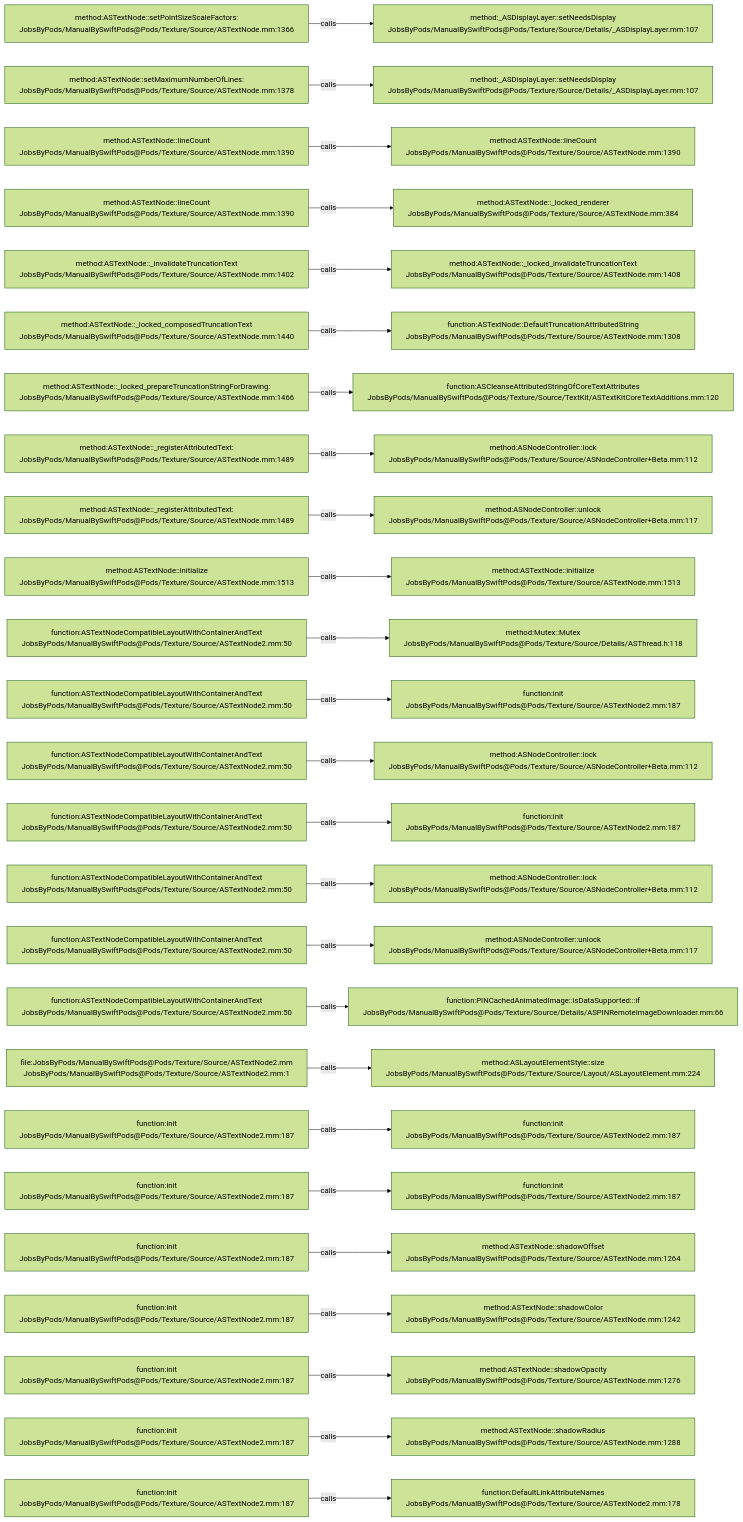
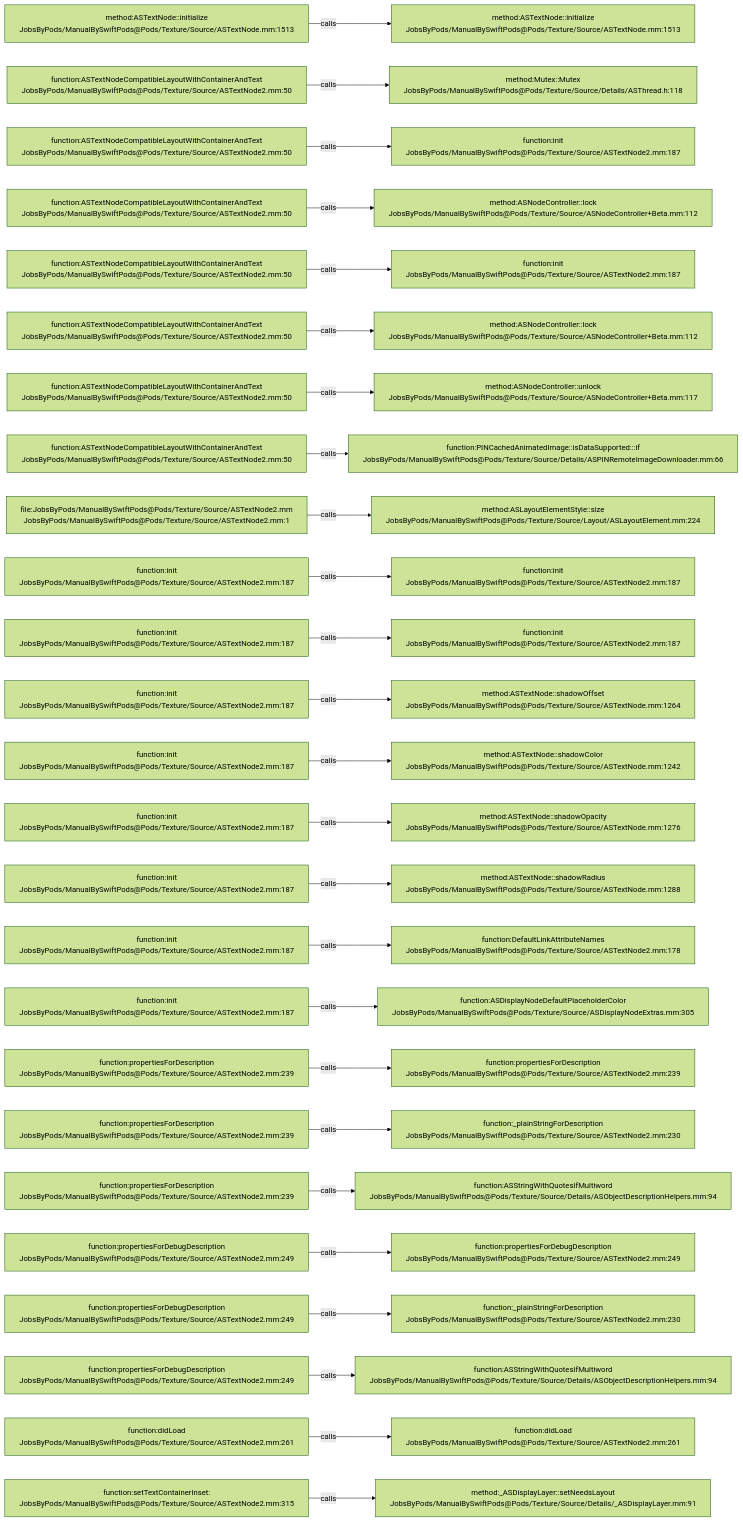
Before and after one commit to JobsKits/JobsSwiftBaseConfigDemo: the diagram in .codegraph/codegraph.md/graphs/calls-070.md, drawn with Mermaid (forest theme). The commit also changed 707 other files, not shown here.

````diff
--- a/.codegraph/codegraph.md/graphs/calls-070.md
+++ b/.codegraph/codegraph.md/graphs/calls-070.md
@@ -13,78 +13,78 @@
 ```mermaid
 flowchart LR
-  S1["method:ASTextNode::setPointSizeScaleFactors:<br/>JobsByPods/ManualBySwiftPods@Pods/Texture/Source/ASTextNode.mm:1366"]
-  T1["method:_ASDisplayLayer::setNeedsDisplay<br/>JobsByPods/ManualBySwiftPods@Pods/Texture/Source/Details/_ASDisplayLayer.mm:107"]
+  S1["method:ASTextNode::initialize<br/>JobsByPods/ManualBySwiftPods@Pods/Texture/Source/ASTextNode.mm:1513"]
+  T1["method:ASTextNode::initialize<br/>JobsByPods/ManualBySwiftPods@Pods/Texture/Source/ASTextNode.mm:1513"]
   S1 -->|calls| T1
-  S2["method:ASTextNode::setMaximumNumberOfLines:<br/>JobsByPods/ManualBySwiftPods@Pods/Texture/Source/ASTextNode.mm:1378"]
-  T2["method:_ASDisplayLayer::setNeedsDisplay<br/>JobsByPods/ManualBySwiftPods@Pods/Texture/Source/Details/_ASDisplayLayer.mm:107"]
+  S2["function:ASTextNodeCompatibleLayoutWithContainerAndText<br/>JobsByPods/ManualBySwiftPods@Pods/Texture/Source/ASTextNode2.mm:50"]
+  T2["method:Mutex::Mutex<br/>JobsByPods/ManualBySwiftPods@Pods/Texture/Source/Details/ASThread.h:118"]
   S2 -->|calls| T2
-  S3["method:ASTextNode::lineCount<br/>JobsByPods/ManualBySwiftPods@Pods/Texture/Source/ASTextNode.mm:1390"]
-  T3["method:ASTextNode::lineCount<br/>JobsByPods/ManualBySwiftPods@Pods/Texture/Source/ASTextNode.mm:1390"]
+  S3["function:ASTextNodeCompatibleLayoutWithContainerAndText<br/>JobsByPods/ManualBySwiftPods@Pods/Texture/Source/ASTextNode2.mm:50"]
+  T3["function:init<br/>JobsByPods/ManualBySwiftPods@Pods/Texture/Source/ASTextNode2.mm:187"]
   S3 -->|calls| T3
-  S4["method:ASTextNode::lineCount<br/>JobsByPods/ManualBySwiftPods@Pods/Texture/Source/ASTextNode.mm:1390"]
-  T4["method:ASTextNode::_locked_renderer<br/>JobsByPods/ManualBySwiftPods@Pods/Texture/Source/ASTextNode.mm:384"]
+  S4["function:ASTextNodeCompatibleLayoutWithContainerAndText<br/>JobsByPods/ManualBySwiftPods@Pods/Texture/Source/ASTextNode2.mm:50"]
+  T4["method:ASNodeController::lock<br/>JobsByPods/ManualBySwiftPods@Pods/Texture/Source/ASNodeController+Beta.mm:112"]
   S4 -->|calls| T4
-  S5["method:ASTextNode::_invalidateTruncationText<br/>JobsByPods/ManualBySwiftPods@Pods/Texture/Source/ASTextNode.mm:1402"]
-  T5["method:ASTextNode::_locked_invalidateTruncationText<br/>JobsByPods/ManualBySwiftPods@Pods/Texture/Source/ASTextNode.mm:1408"]
+  S5["function:ASTextNodeCompatibleLayoutWithContainerAndText<br/>JobsByPods/ManualBySwiftPods@Pods/Texture/Source/ASTextNode2.mm:50"]
+  T5["function:init<br/>JobsByPods/ManualBySwiftPods@Pods/Texture/Source/ASTextNode2.mm:187"]
   S5 -->|calls| T5
-  S6["method:ASTextNode::_locked_composedTruncationText<br/>JobsByPods/ManualBySwiftPods@Pods/Texture/Source/ASTextNode.mm:1440"]
-  T6["function:ASTextNode::DefaultTruncationAttributedString<br/>JobsByPods/ManualBySwiftPods@Pods/Texture/Source/ASTextNode.mm:1308"]
+  S6["function:ASTextNodeCompatibleLayoutWithContainerAndText<br/>JobsByPods/ManualBySwiftPods@Pods/Texture/Source/ASTextNode2.mm:50"]
+  T6["method:ASNodeController::lock<br/>JobsByPods/ManualBySwiftPods@Pods/Texture/Source/ASNodeController+Beta.mm:112"]
   S6 -->|calls| T6
-  S7["method:ASTextNode::_locked_prepareTruncationStringForDrawing:<br/>JobsByPods/ManualBySwiftPods@Pods/Texture/Source/ASTextNode.mm:1466"]
-  T7["function:ASCleanseAttributedStringOfCoreTextAttributes<br/>JobsByPods/ManualBySwiftPods@Pods/Texture/Source/TextKit/ASTextKitCoreTextAdditions.mm:120"]
+  S7["function:ASTextNodeCompatibleLayoutWithContainerAndText<br/>JobsByPods/ManualBySwiftPods@Pods/Texture/Source/ASTextNode2.mm:50"]
+  T7["method:ASNodeController::unlock<br/>JobsByPods/ManualBySwiftPods@Pods/Texture/Source/ASNodeController+Beta.mm:117"]
   S7 -->|calls| T7
-  S8["method:ASTextNode::_registerAttributedText:<br/>JobsByPods/ManualBySwiftPods@Pods/Texture/Source/ASTextNode.mm:1489"]
-  T8["method:ASNodeController::lock<br/>JobsByPods/ManualBySwiftPods@Pods/Texture/Source/ASNodeController+Beta.mm:112"]
+  S8["function:ASTextNodeCompatibleLayoutWithContainerAndText<br/>JobsByPods/ManualBySwiftPods@Pods/Texture/Source/ASTextNode2.mm:50"]
+  T8["function:PINCachedAnimatedImage::isDataSupported:::if<br/>JobsByPods/ManualBySwiftPods@Pods/Texture/Source/Details/ASPINRemoteImageDownloader.mm:66"]
   S8 -->|calls| T8
-  S9["method:ASTextNode::_registerAttributedText:<br/>JobsByPods/ManualBySwiftPods@Pods/Texture/Source/ASTextNode.mm:1489"]
-  T9["method:ASNodeController::unlock<br/>JobsByPods/ManualBySwiftPods@Pods/Texture/Source/ASNodeController+Beta.mm:117"]
+  S9["file:JobsByPods/ManualBySwiftPods@Pods/Texture/Source/ASTextNode2.mm<br/>JobsByPods/ManualBySwiftPods@Pods/Texture/Source/ASTextNode2.mm:1"]
+  T9["method:ASLayoutElementStyle::size<br/>JobsByPods/ManualBySwiftPods@Pods/Texture/Source/Layout/ASLayoutElement.mm:224"]
   S9 -->|calls| T9
-  S10["method:ASTextNode::initialize<br/>JobsByPods/ManualBySwiftPods@Pods/Texture/Source/ASTextNode.mm:1513"]
-  T10["method:ASTextNode::initialize<br/>JobsByPods/ManualBySwiftPods@Pods/Texture/Source/ASTextNode.mm:1513"]
+  S10["function:init<br/>JobsByPods/ManualBySwiftPods@Pods/Texture/Source/ASTextNode2.mm:187"]
+  T10["function:init<br/>JobsByPods/ManualBySwiftPods@Pods/Texture/Source/ASTextNode2.mm:187"]
   S10 -->|calls| T10
-  S11["function:ASTextNodeCompatibleLayoutWithContainerAndText<br/>JobsByPods/ManualBySwiftPods@Pods/Texture/Source/ASTextNode2.mm:50"]
-  T11["method:Mutex::Mutex<br/>JobsByPods/ManualBySwiftPods@Pods/Texture/Source/Details/ASThread.h:118"]
+  S11["function:init<br/>JobsByPods/ManualBySwiftPods@Pods/Texture/Source/ASTextNode2.mm:187"]
+  T11["function:init<br/>JobsByPods/ManualBySwiftPods@Pods/Texture/Source/ASTextNode2.mm:187"]
   S11 -->|calls| T11
-  S12["function:ASTextNodeCompatibleLayoutWithContainerAndText<br/>JobsByPods/ManualBySwiftPods@Pods/Texture/Source/ASTextNode2.mm:50"]
-  T12["function:init<br/>JobsByPods/ManualBySwiftPods@Pods/Texture/Source/ASTextNode2.mm:187"]
+  S12["function:init<br/>JobsByPods/ManualBySwiftPods@Pods/Texture/Source/ASTextNode2.mm:187"]
+  T12["method:ASTextNode::shadowOffset<br/>JobsByPods/ManualBySwiftPods@Pods/Texture/Source/ASTextNode.mm:1264"]
   S12 -->|calls| T12
-  S13["function:ASTextNodeCompatibleLayoutWithContainerAndText<br/>JobsByPods/ManualBySwiftPods@Pods/Texture/Source/ASTextNode2.mm:50"]
-  T13["method:ASNodeController::lock<br/>JobsByPods/ManualBySwiftPods@Pods/Texture/Source/ASNodeController+Beta.mm:112"]
+  S13["function:init<br/>JobsByPods/ManualBySwiftPods@Pods/Texture/Source/ASTextNode2.mm:187"]
+  T13["method:ASTextNode::shadowColor<br/>JobsByPods/ManualBySwiftPods@Pods/Texture/Source/ASTextNode.mm:1242"]
   S13 -->|calls| T13
-  S14["function:ASTextNodeCompatibleLayoutWithContainerAndText<br/>JobsByPods/ManualBySwiftPods@Pods/Texture/Source/ASTextNode2.mm:50"]
-  T14["function:init<br/>JobsByPods/ManualBySwiftPods@Pods/Texture/Source/ASTextNode2.mm:187"]
+  S14["function:init<br/>JobsByPods/ManualBySwiftPods@Pods/Texture/Source/ASTextNode2.mm:187"]
+  T14["method:ASTextNode::shadowOpacity<br/>JobsByPods/ManualBySwiftPods@Pods/Texture/Source/ASTextNode.mm:1276"]
   S14 -->|calls| T14
-  S15["function:ASTextNodeCompatibleLayoutWithContainerAndText<br/>JobsByPods/ManualBySwiftPods@Pods/Texture/Source/ASTextNode2.mm:50"]
-  T15["method:ASNodeController::lock<br/>JobsByPods/ManualBySwiftPods@Pods/Texture/Source/ASNodeController+Beta.mm:112"]
+  S15["function:init<br/>JobsByPods/ManualBySwiftPods@Pods/Texture/Source/ASTextNode2.mm:187"]
+  T15["method:ASTextNode::shadowRadius<br/>JobsByPods/ManualBySwiftPods@Pods/Texture/Source/ASTextNode.mm:1288"]
   S15 -->|calls| T15
-  S16["function:ASTextNodeCompatibleLayoutWithContainerAndText<br/>JobsByPods/ManualBySwiftPods@Pods/Texture/Source/ASTextNode2.mm:50"]
-  T16["method:ASNodeController::unlock<br/>JobsByPods/ManualBySwiftPods@Pods/Texture/Source/ASNodeController+Beta.mm:117"]
+  S16["function:init<br/>JobsByPods/ManualBySwiftPods@Pods/Texture/Source/ASTextNode2.mm:187"]
+  T16["function:DefaultLinkAttributeNames<br/>JobsByPods/ManualBySwiftPods@Pods/Texture/Source/ASTextNode2.mm:178"]
   S16 -->|calls| T16
-  S17["function:ASTextNodeCompatibleLayoutWithContainerAndText<br/>JobsByPods/ManualBySwiftPods@Pods/Texture/Source/ASTextNode2.mm:50"]
-  T17["function:PINCachedAnimatedImage::isDataSupported:::if<br/>JobsByPods/ManualBySwiftPods@Pods/Texture/Source/Details/ASPINRemoteImageDownloader.mm:66"]
+  S17["function:init<br/>JobsByPods/ManualBySwiftPods@Pods/Texture/Source/ASTextNode2.mm:187"]
+  T17["function:ASDisplayNodeDefaultPlaceholderColor<br/>JobsByPods/ManualBySwiftPods@Pods/Texture/Source/ASDisplayNodeExtras.mm:305"]
   S17 -->|calls| T17
-  S18["file:JobsByPods/ManualBySwiftPods@Pods/Texture/Source/ASTextNode2.mm<br/>JobsByPods/ManualBySwiftPods@Pods/Texture/Source/ASTextNode2.mm:1"]
-  T18["method:ASLayoutElementStyle::size<br/>JobsByPods/ManualBySwiftPods@Pods/Texture/Source/Layout/ASLayoutElement.mm:224"]
+  S18["function:propertiesForDescription<br/>JobsByPods/ManualBySwiftPods@Pods/Texture/Source/ASTextNode2.mm:239"]
+  T18["function:propertiesForDescription<br/>JobsByPods/ManualBySwiftPods@Pods/Texture/Source/ASTextNode2.mm:239"]
   S18 -->|calls| T18
-  S19["function:init<br/>JobsByPods/ManualBySwiftPods@Pods/Texture/Source/ASTextNode2.mm:187"]
-  T19["function:init<br/>JobsByPods/ManualBySwiftPods@Pods/Texture/Source/ASTextNode2.mm:187"]
+  S19["function:propertiesForDescription<br/>JobsByPods/ManualBySwiftPods@Pods/Texture/Source/ASTextNode2.mm:239"]
+  T19["function:_plainStringForDescription<br/>JobsByPods/ManualBySwiftPods@Pods/Texture/Source/ASTextNode2.mm:230"]
   S19 -->|calls| T19
-  S20["function:init<br/>JobsByPods/ManualBySwiftPods@Pods/Texture/Source/ASTextNode2.mm:187"]
-  T20["function:init<br/>JobsByPods/ManualBySwiftPods@Pods/Texture/Source/ASTextNode2.mm:187"]
+  S20["function:propertiesForDescription<br/>JobsByPods/ManualBySwiftPods@Pods/Texture/Source/ASTextNode2.mm:239"]
+  T20["function:ASStringWithQuotesIfMultiword<br/>JobsByPods/ManualBySwiftPods@Pods/Texture/Source/Details/ASObjectDescriptionHelpers.mm:94"]
   S20 -->|calls| T20
-  S21["function:init<br/>JobsByPods/ManualBySwiftPods@Pods/Texture/Source/ASTextNode2.mm:187"]
-  T21["method:ASTextNode::shadowOffset<br/>JobsByPods/ManualBySwiftPods@Pods/Texture/Source/ASTextNode.mm:1264"]
+  S21["function:propertiesForDebugDescription<br/>JobsByPods/ManualBySwiftPods@Pods/Texture/Source/ASTextNode2.mm:249"]
+  T21["function:propertiesForDebugDescription<br/>JobsByPods/ManualBySwiftPods@Pods/Texture/Source/ASTextNode2.mm:249"]
   S21 -->|calls| T21
-  S22["function:init<br/>JobsByPods/ManualBySwiftPods@Pods/Texture/Source/ASTextNode2.mm:187"]
-  T22["method:ASTextNode::shadowColor<br/>JobsByPods/ManualBySwiftPods@Pods/Texture/Source/ASTextNode.mm:1242"]
+  S22["function:propertiesForDebugDescription<br/>JobsByPods/ManualBySwiftPods@Pods/Texture/Source/ASTextNode2.mm:249"]
+  T22["function:_plainStringForDescription<br/>JobsByPods/ManualBySwiftPods@Pods/Texture/Source/ASTextNode2.mm:230"]
   S22 -->|calls| T22
-  S23["function:init<br/>JobsByPods/ManualBySwiftPods@Pods/Texture/Source/ASTextNode2.mm:187"]
-  T23["method:ASTextNode::shadowOpacity<br/>JobsByPods/ManualBySwiftPods@Pods/Texture/Source/ASTextNode.mm:1276"]
+  S23["function:propertiesForDebugDescription<br/>JobsByPods/ManualBySwiftPods@Pods/Texture/Source/ASTextNode2.mm:249"]
+  T23["function:ASStringWithQuotesIfMultiword<br/>JobsByPods/ManualBySwiftPods@Pods/Texture/Source/Details/ASObjectDescriptionHelpers.mm:94"]
   S23 -->|calls| T23
-  S24["function:init<br/>JobsByPods/ManualBySwiftPods@Pods/Texture/Source/ASTextNode2.mm:187"]
-  T24["method:ASTextNode::shadowRadius<br/>JobsByPods/ManualBySwiftPods@Pods/Texture/Source/ASTextNode.mm:1288"]
+  S24["function:didLoad<br/>JobsByPods/ManualBySwiftPods@Pods/Texture/Source/ASTextNode2.mm:261"]
+  T24["function:didLoad<br/>JobsByPods/ManualBySwiftPods@Pods/Texture/Source/ASTextNode2.mm:261"]
   S24 -->|calls| T24
-  S25["function:init<br/>JobsByPods/ManualBySwiftPods@Pods/Texture/Source/ASTextNode2.mm:187"]
-  T25["function:DefaultLinkAttributeNames<br/>JobsByPods/ManualBySwiftPods@Pods/Texture/Source/ASTextNode2.mm:178"]
+  S25["function:setTextContainerInset:<br/>JobsByPods/ManualBySwiftPods@Pods/Texture/Source/ASTextNode2.mm:315"]
+  T25["method:_ASDisplayLayer::setNeedsLayout<br/>JobsByPods/ManualBySwiftPods@Pods/Texture/Source/Details/_ASDisplayLayer.mm:91"]
   S25 -->|calls| T25
 ```
````
